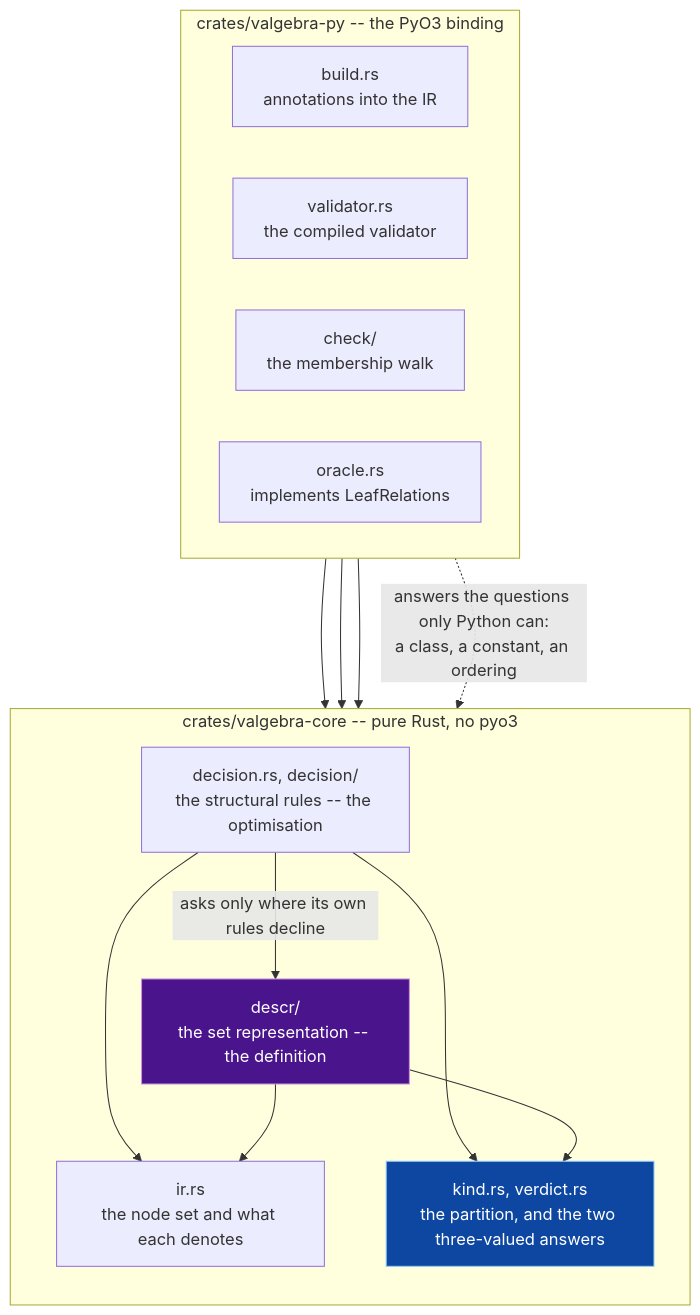
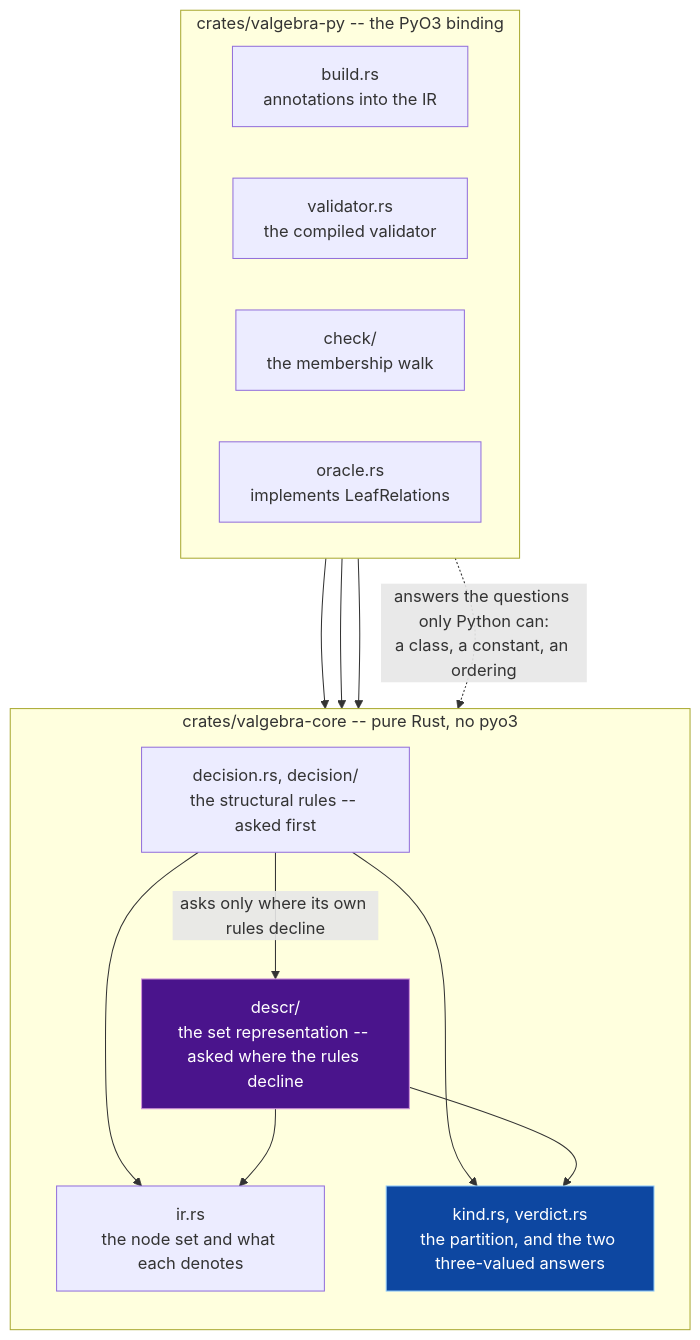
Before and after one commit to ppigazzini/valgebra: the diagram in docs/dev/00-architecture.md, drawn with Mermaid. The commit also changed other lines of this file and 6 other files, not shown here.

````diff
--- a/docs/dev/00-architecture.md
+++ b/docs/dev/00-architecture.md
@@ -44,33 +44,33 @@
 ```mermaid
 flowchart TB
     subgraph PY["crates/valgebra-py -- the PyO3 binding"]
         direction LR
         BUILD["build.rs<br/>annotations into the IR"]
         VAL["validator.rs<br/>the compiled validator"]
         WALK["check/<br/>the membership walk"]
         ORACLE["oracle.rs<br/>implements LeafRelations"]
     end
 
     subgraph CORE["crates/valgebra-core -- pure Rust, no pyo3"]
         direction TB
-        DECISION["decision.rs, decision/<br/>the structural rules -- the optimisation"]
-        DESCR["descr/<br/>the set representation -- the definition"]
+        DECISION["decision.rs, decision/<br/>the structural rules -- asked first"]
+        DESCR["descr/<br/>the set representation -- asked where the rules decline"]
         IR["ir.rs<br/>the node set and what each denotes"]
         FRAME["kind.rs, verdict.rs<br/>the partition, and the two three-valued answers"]
         DECISION -->|"asks only where its own rules decline"| DESCR
         DECISION --> IR
         DESCR --> IR
         DECISION --> FRAME
         DESCR --> FRAME
     end
 
     BUILD --> IR
     VAL --> DECISION
     WALK --> IR
     ORACLE -.->|"answers the questions only Python can:<br/>a class, a constant, an ordering"| DECISION
 
     classDef frame fill:#0d47a1,stroke:#90caf9,color:#ffffff
     classDef definition fill:#4a148c,stroke:#ce93d8,color:#ffffff
     class FRAME frame
     class DESCR definition
 ```
````
